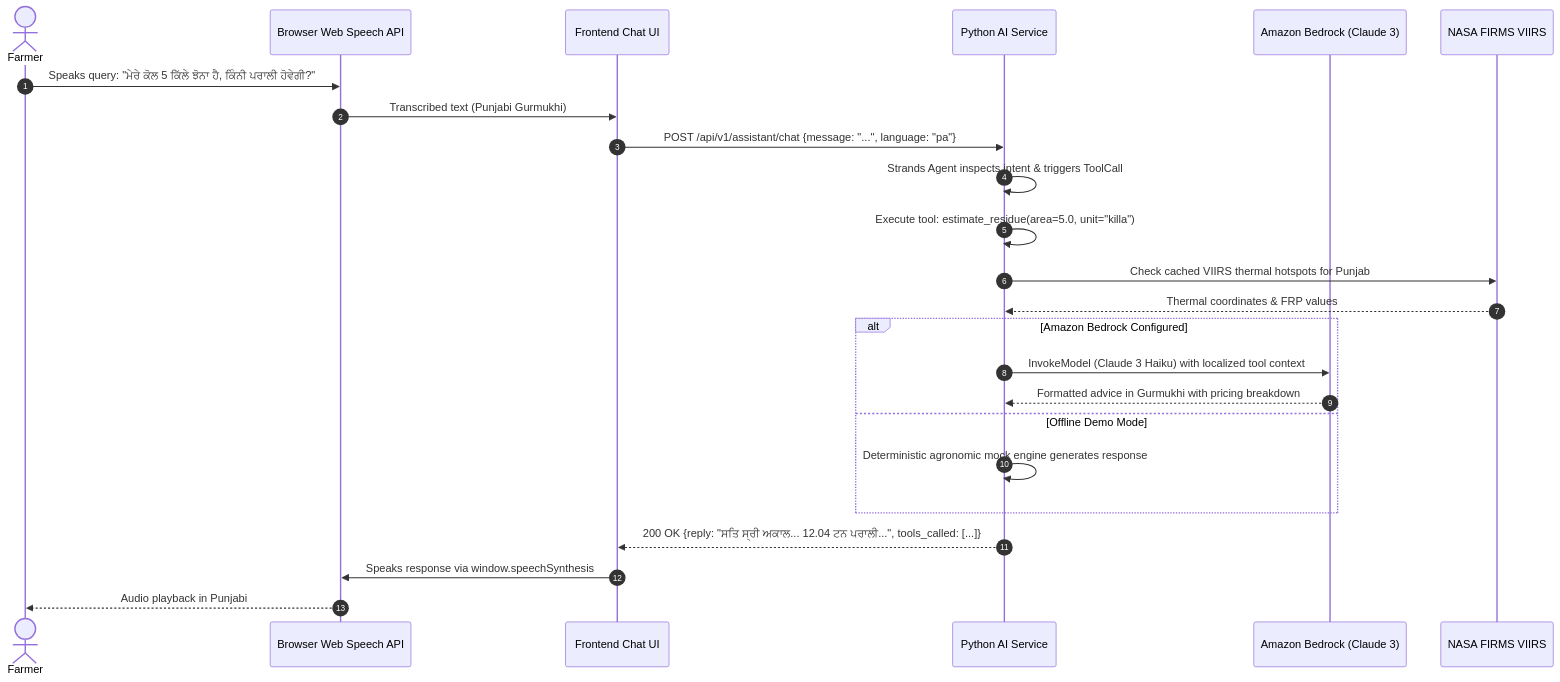
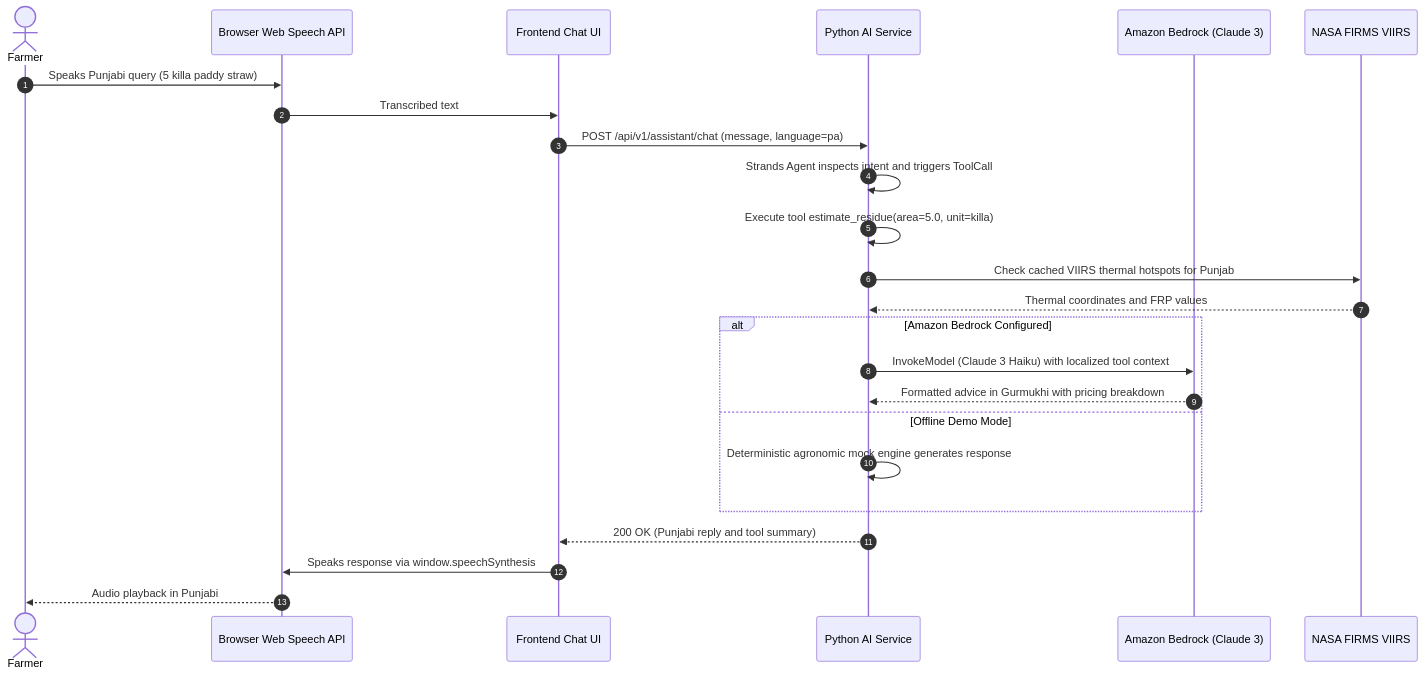
Before and after one commit to DAbharat/Straw2Cash: the fifth of 5 diagrams in README.md, drawn with Mermaid. The commit also changed other lines of this file, not shown here.

````diff
--- a/README.md
+++ b/README.md
@@ -450,30 +450,30 @@
 ```mermaid
 sequenceDiagram
     autonumber
     actor Farmer as Farmer
     participant Browser as Browser Web Speech API
     participant UI as Frontend Chat UI
     participant Python as Python AI Service
     participant Bedrock as Amazon Bedrock (Claude 3)
     participant NASA as NASA FIRMS VIIRS
 
-    Farmer->>Browser: Speaks query: "ਮੇਰੇ ਕੋਲ 5 ਕਿੱਲੇ ਝੋਨਾ ਹੈ, ਕਿੰਨੀ ਪਰਾਲੀ ਹੋਵੇਗੀ?"
-    Browser->>UI: Transcribed text (Punjabi Gurmukhi)
-    UI->>Python: POST /api/v1/assistant/chat {message: "...", language: "pa"}
+    Farmer->>Browser: Speaks Punjabi query (5 killa paddy straw)
+    Browser->>UI: Transcribed text
+    UI->>Python: POST /api/v1/assistant/chat (message, language=pa)
     
-    Python->>Python: Strands Agent inspects intent & triggers ToolCall
-    Python->>Python: Execute tool: estimate_residue(area=5.0, unit="killa")
+    Python->>Python: Strands Agent inspects intent and triggers ToolCall
+    Python->>Python: Execute tool estimate_residue(area=5.0, unit=killa)
     Python->>NASA: Check cached VIIRS thermal hotspots for Punjab
-    NASA-->>Python: Thermal coordinates & FRP values
+    NASA-->>Python: Thermal coordinates and FRP values
 
     alt Amazon Bedrock Configured
         Python->>Bedrock: InvokeModel (Claude 3 Haiku) with localized tool context
         Bedrock-->>Python: Formatted advice in Gurmukhi with pricing breakdown
     else Offline Demo Mode
         Python->>Python: Deterministic agronomic mock engine generates response
     end
 
-    Python-->>UI: 200 OK {reply: "ਸਤਿ ਸ੍ਰੀ ਅਕਾਲ... 12.04 ਟਨ ਪਰਾਲੀ...", tools_called: [...]}
+    Python-->>UI: 200 OK (Punjabi reply and tool summary)
     UI->>Browser: Speaks response via window.speechSynthesis
     Browser-->>Farmer: Audio playback in Punjabi
 ```
````
